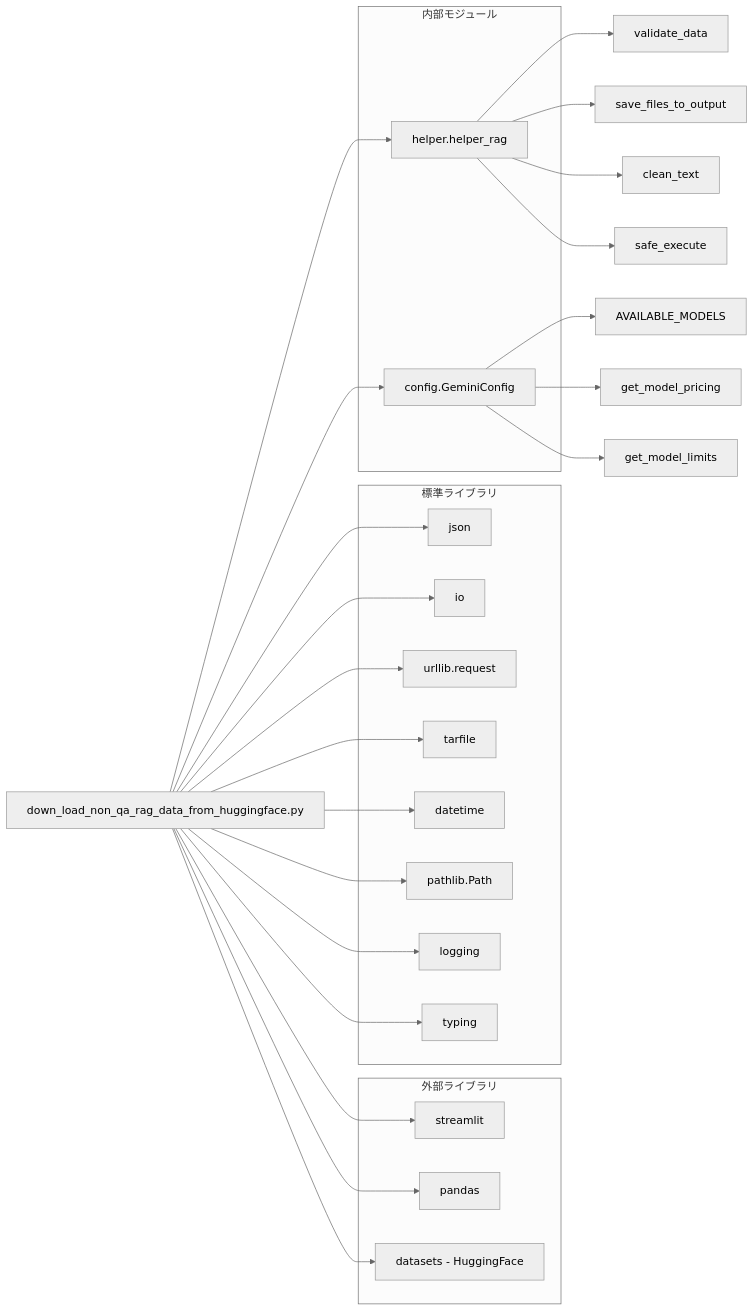
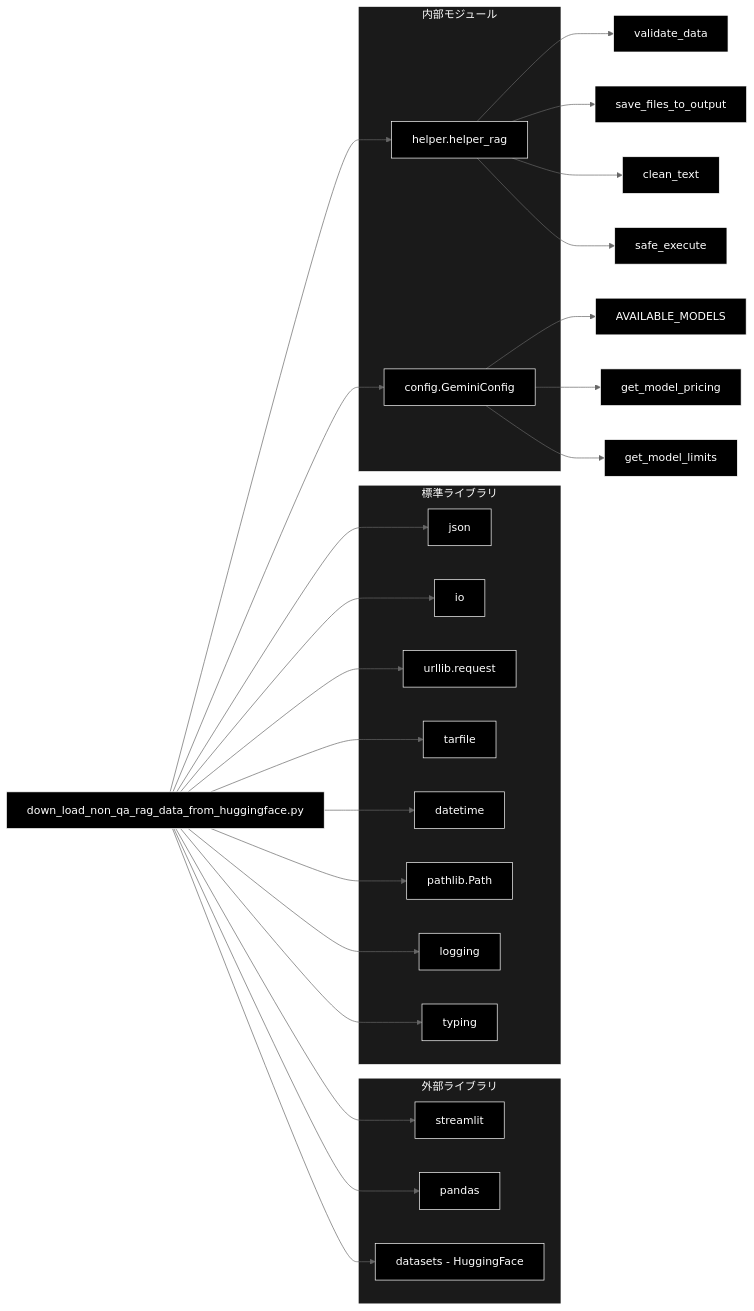
The third of 3 diagrams in down_load_non_qa_rag_data_from_huggingface.md (nakashima2toshio/anthropic_grace_agent_v2), drawn with Mermaid (neutral theme) before and after one commit. The commit also changed other lines of this file and 9 other files, not shown here.

````diff
--- a/down_load_non_qa_rag_data_from_huggingface.md
+++ b/down_load_non_qa_rag_data_from_huggingface.md
@@ -857,48 +876,54 @@
 ```mermaid
 flowchart LR
     MODULE["down_load_non_qa_rag_data_from_huggingface.py"]
 
     subgraph EXT["外部ライブラリ"]
-        ST[streamlit]
-        PD[pandas]
+        ST["streamlit"]
+        PD["pandas"]
         HF_DS["datasets - HuggingFace"]
     end
 
     subgraph STDLIB["標準ライブラリ"]
-        JSON_LIB[json]
-        IO_LIB[io]
+        JSON_LIB["json"]
+        IO_LIB["io"]
         URL_LIB["urllib.request"]
-        TAR_LIB[tarfile]
-        DT_LIB[datetime]
+        TAR_LIB["tarfile"]
+        DT_LIB["datetime"]
         PATH_LIB["pathlib.Path"]
-        LOG_LIB[logging]
-        TYPING[typing]
+        LOG_LIB["logging"]
+        TYPING["typing"]
     end
 
     subgraph INTERNAL["内部モジュール"]
         HELPER["helper.helper_rag"]
         GEMINI_CFG["config.GeminiConfig"]
     end
 
     MODULE --> ST
     MODULE --> PD
     MODULE --> HF_DS
     MODULE --> JSON_LIB
     MODULE --> IO_LIB
     MODULE --> URL_LIB
     MODULE --> TAR_LIB
     MODULE --> DT_LIB
     MODULE --> PATH_LIB
     MODULE --> LOG_LIB
     MODULE --> TYPING
     MODULE --> HELPER
     MODULE --> GEMINI_CFG
 
-    HELPER --> H1[validate_data]
-    HELPER --> H2[save_files_to_output]
-    HELPER --> H3[clean_text]
-    HELPER --> H4[safe_execute]
-    GEMINI_CFG --> G1[AVAILABLE_MODELS]
-    GEMINI_CFG --> G2[get_model_pricing]
-    GEMINI_CFG --> G3[get_model_limits]
+    HELPER --> H1["validate_data"]
+    HELPER --> H2["save_files_to_output"]
+    HELPER --> H3["clean_text"]
+    HELPER --> H4["safe_execute"]
+    GEMINI_CFG --> G1["AVAILABLE_MODELS"]
+    GEMINI_CFG --> G2["get_model_pricing"]
+    GEMINI_CFG --> G3["get_model_limits"]
+classDef default fill:#000,stroke:#fff,color:#fff
+classDef subgraphStyle fill:#1a1a1a,stroke:#fff,color:#fff
+class MODULE,ST,PD,HF_DS,JSON_LIB,IO_LIB,URL_LIB,TAR_LIB,DT_LIB,PATH_LIB,LOG_LIB,TYPING,HELPER,GEMINI_CFG,H1,H2,H3,H4,G1,G2,G3 default
+style EXT fill:#1a1a1a,stroke:#fff,color:#fff
+style STDLIB fill:#1a1a1a,stroke:#fff,color:#fff
+style INTERNAL fill:#1a1a1a,stroke:#fff,color:#fff
 ```
````
